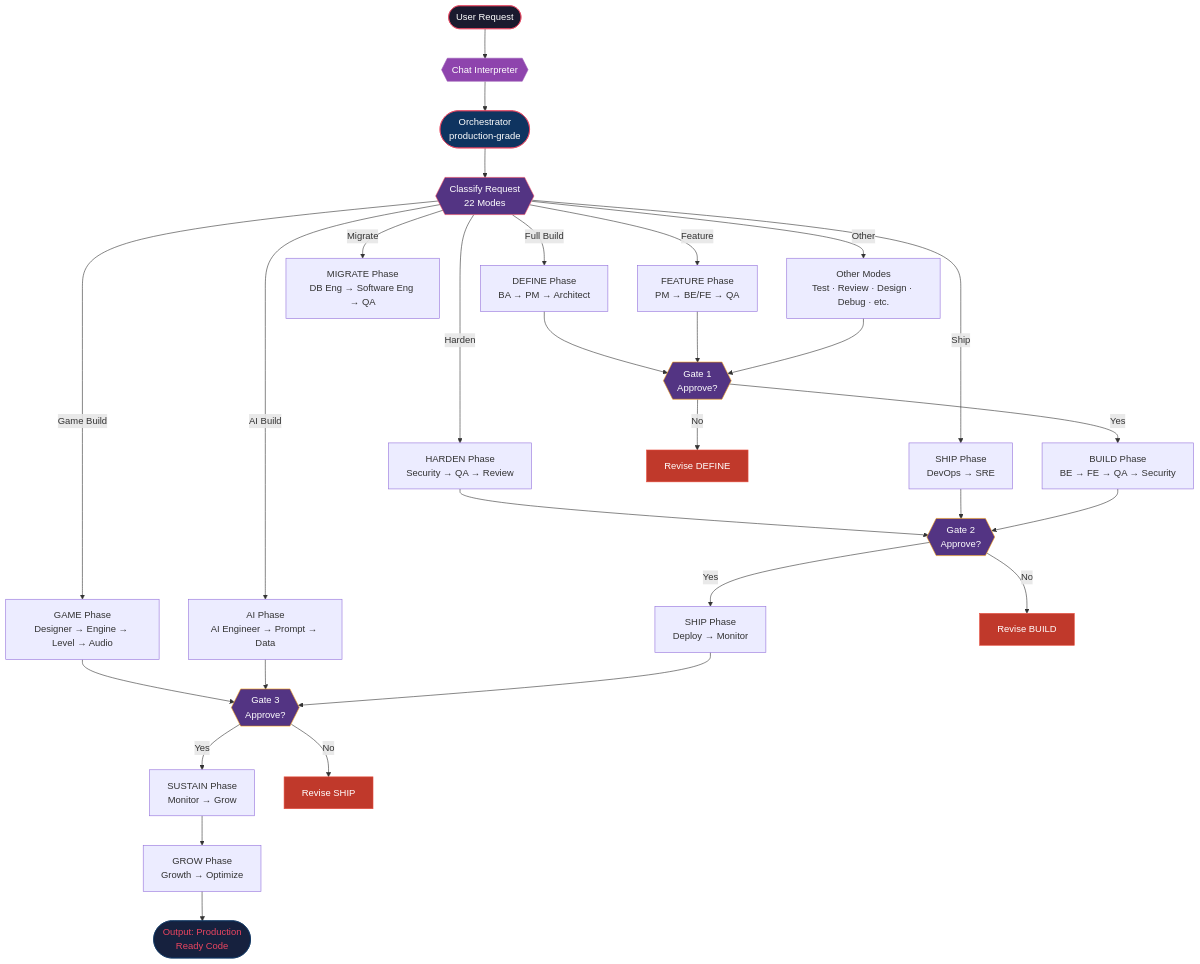
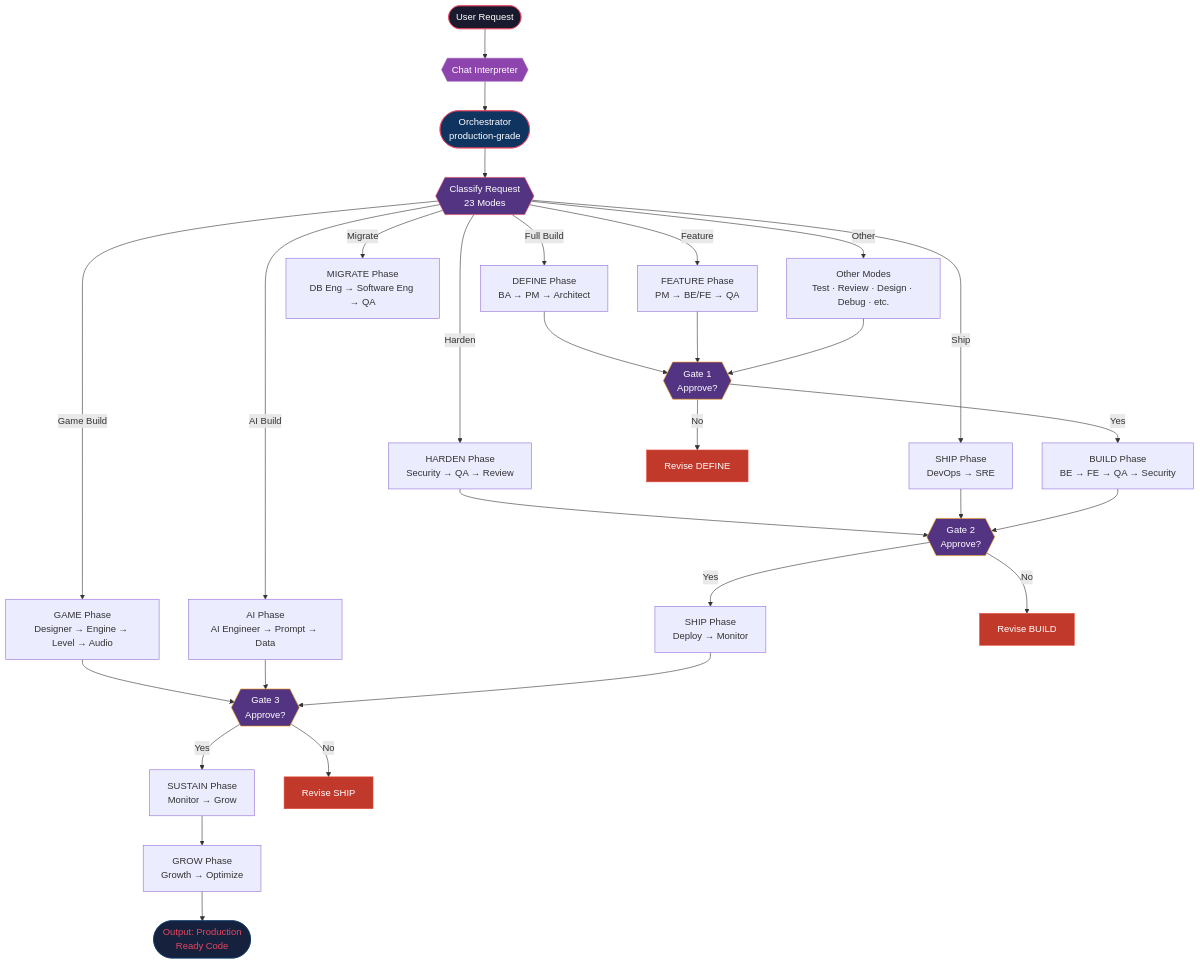
One commit to Exia-thd/Digital-Nervous changed the fourth of 15 diagrams in README.vi.md. Above: the diagram before and after it, drawn with Mermaid. The commit also changed other lines of this file and 691 other files, not shown here.

````diff
--- a/README.vi.md
+++ b/README.vi.md
@@ -200,52 +200,52 @@
 ```mermaid
 flowchart TD
     START(["User Request"])
     CHAT_INT{{"Chat Interpreter"}}
     ORCH(["Orchestrator<br/>production-grade"])
 
     START --> CHAT_INT
     CHAT_INT --> ORCH
 
-    ORCH --> MODE{{"Classify Request<br/>22 Modes"}}
+    ORCH --> MODE{{"Classify Request<br/>23 Modes"}}
 
     MODE --> |"Full Build"| PHASE_DEFINE["DEFINE Phase<br/>BA → PM → Architect"]
     MODE --> |"Feature"| PHASE_FEATURE["FEATURE Phase<br/>PM → BE/FE → QA"]
     MODE --> |"Harden"| PHASE_HARDEN["HARDEN Phase<br/>Security → QA → Review"]
     MODE --> |"Ship"| PHASE_SHIP["SHIP Phase<br/>DevOps → SRE"]
     MODE --> |"Game Build"| PHASE_GAME["GAME Phase<br/>Designer → Engine → Level → Audio"]
     MODE --> |"AI Build"| PHASE_AI["AI Phase<br/>AI Engineer → Prompt → Data"]
     MODE --> |"Migrate"| PHASE_MIGRATE["MIGRATE Phase<br/>DB Eng → Software Eng → QA"]
     MODE --> |"Other"| PHASE_OTHER["Other Modes<br/>Test · Review · Design · Debug · etc."]
 
     PHASE_DEFINE --> GATE1{{"Gate 1<br/>Approve?"}}
     PHASE_FEATURE --> GATE1
     PHASE_HARDEN --> GATE2{{"Gate 2<br/>Approve?"}}
     PHASE_SHIP --> GATE2
     PHASE_GAME --> GATE3{{"Gate 3<br/>Approve?"}}
     PHASE_AI --> GATE3
     PHASE_OTHER --> GATE1
 
     GATE1 --> |"Yes"| BUILD["BUILD Phase<br/>BE → FE → QA → Security"]
     GATE1 --> |"No"| REVISE1["Revise DEFINE"]
     BUILD --> GATE2
     GATE2 --> |"Yes"| SHIP_DEPLOY["SHIP Phase<br/>Deploy → Monitor"]
     GATE2 --> |"No"| REVISE2["Revise BUILD"]
     SHIP_DEPLOY --> GATE3
     GATE3 --> |"Yes"| SUSTAIN["SUSTAIN Phase<br/>Monitor → Grow"]
     GATE3 --> |"No"| REVISE3["Revise SHIP"]
     SUSTAIN --> GROW["GROW Phase<br/>Growth → Optimize"]
 
     GROW --> END(["Output: Production<br/>Ready Code"])
 
     style START fill:#1a1a2e,stroke:#e94560,color:#fff
     style CHAT_INT fill:#8e44ad,stroke:#9b59b6,color:#fff
     style END fill:#16213e,stroke:#0f3460,color:#e94560
     style ORCH fill:#0f3460,stroke:#e94560,color:#fff
     style MODE fill:#533483,stroke:#e94560,color:#fff
     style GATE1 fill:#533483,stroke:#f39c12,color:#fff
     style GATE2 fill:#533483,stroke:#f39c12,color:#fff
     style GATE3 fill:#533483,stroke:#f39c12,color:#fff
     style REVISE1 fill:#c0392b,stroke:#e74c3c,color:#fff
     style REVISE2 fill:#c0392b,stroke:#e74c3c,color:#fff
     style REVISE3 fill:#c0392b,stroke:#e74c3c,color:#fff
 ```
````
